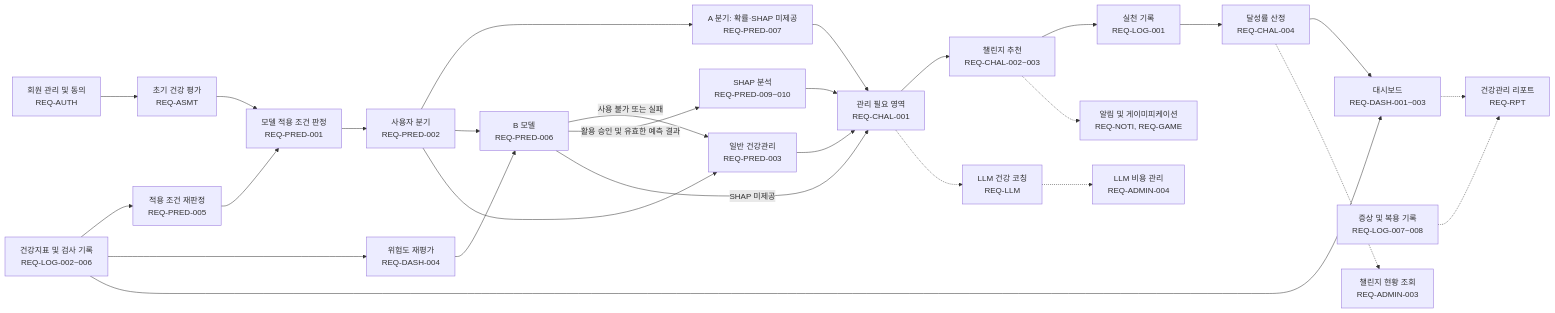
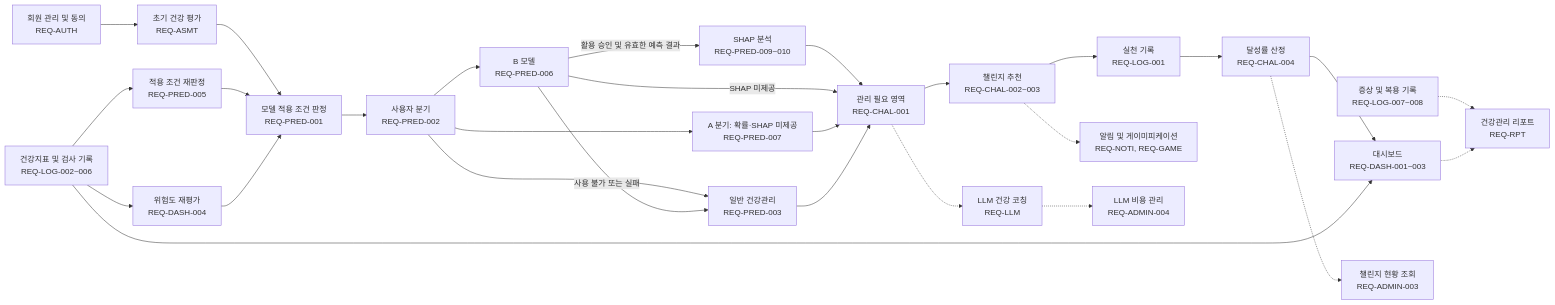
The second of 2 diagrams in docs/planning/WELLOOP_요구사항정의서_v2.0.md (AI-HealthCare-07/welloop), drawn with Mermaid before and after one commit. The commit also changed other lines of this file, not shown here.

````diff
--- a/docs/planning/WELLOOP_요구사항정의서_v2.0.md
+++ b/docs/planning/WELLOOP_요구사항정의서_v2.0.md
@@ -606,30 +607,30 @@
 ```mermaid
 flowchart LR
     AUTH["회원 관리 및 동의<br/>REQ-AUTH"] --> ASMT["초기 건강 평가<br/>REQ-ASMT"]
     ASMT --> ELIG["모델 적용 조건 판정<br/>REQ-PRED-001"]
     ELIG --> BRANCH["사용자 분기<br/>REQ-PRED-002"]
     BRANCH --> A["A 분기: 확률·SHAP 미제공<br/>REQ-PRED-007"]
     BRANCH --> B["B 모델<br/>REQ-PRED-006"]
     BRANCH --> GENERAL["일반 건강관리<br/>REQ-PRED-003"]
     B -->|사용 불가 또는 실패| GENERAL
     B -->|활용 승인 및 유효한 예측 결과| SHAP["SHAP 분석<br/>REQ-PRED-009~010"]
     SHAP --> AREA
     B -->|SHAP 미제공| AREA["관리 필요 영역<br/>REQ-CHAL-001"]
     A --> AREA
     GENERAL --> AREA
     AREA --> CHAL["챌린지 추천<br/>REQ-CHAL-002~003"]
     CHAL --> LOG1["실천 기록<br/>REQ-LOG-001"]
     LOG1 --> RATE["달성률 산정<br/>REQ-CHAL-004"]
     LOG2["건강지표 및 검사 기록<br/>REQ-LOG-002~006"] --> RECHECK["적용 조건 재판정<br/>REQ-PRED-005"]
     RECHECK --> ELIG
     LOG2 --> REEVAL["위험도 재평가<br/>REQ-DASH-004"]
-    REEVAL --> B
+    REEVAL --> ELIG
     RATE --> DASH["대시보드<br/>REQ-DASH-001~003"]
     LOG2 --> DASH
     LOG3["증상 및 복용 기록<br/>REQ-LOG-007~008"] -.-> REPORT["건강관리 리포트<br/>REQ-RPT"]
     DASH -.-> REPORT
     CHAL -.-> NOTI["알림 및 게이미피케이션<br/>REQ-NOTI, REQ-GAME"]
     AREA -.-> LLM["LLM 건강 코칭<br/>REQ-LLM"]
     LLM -.-> ADMIN4["LLM 비용 관리<br/>REQ-ADMIN-004"]
     RATE -.-> ADMIN3["챌린지 현황 조회<br/>REQ-ADMIN-003"]
 ```
````
